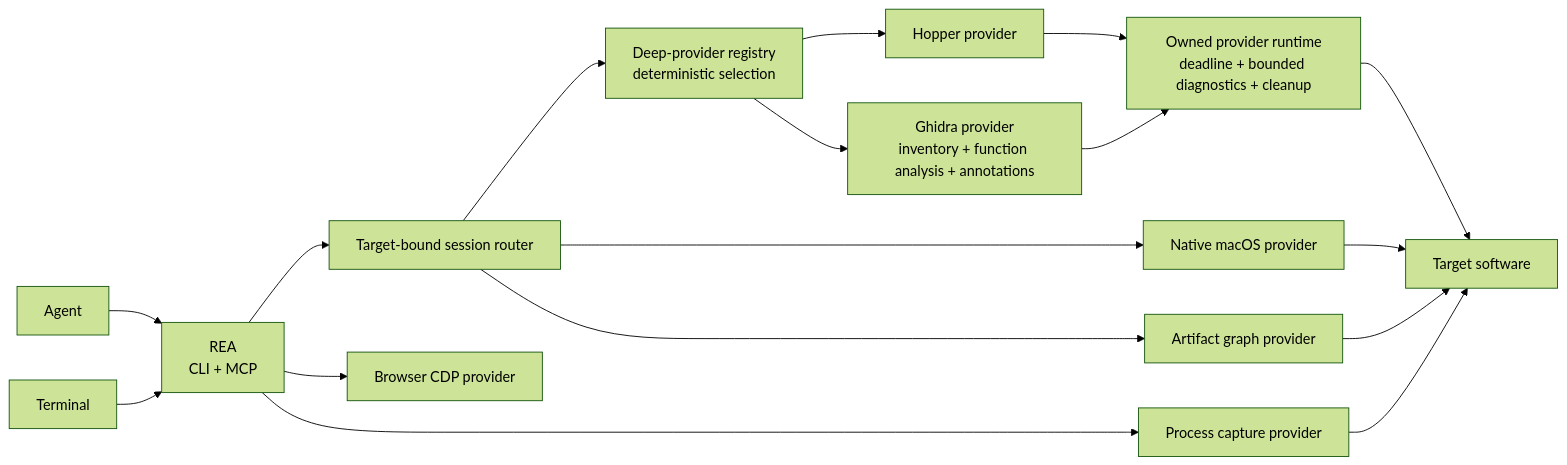
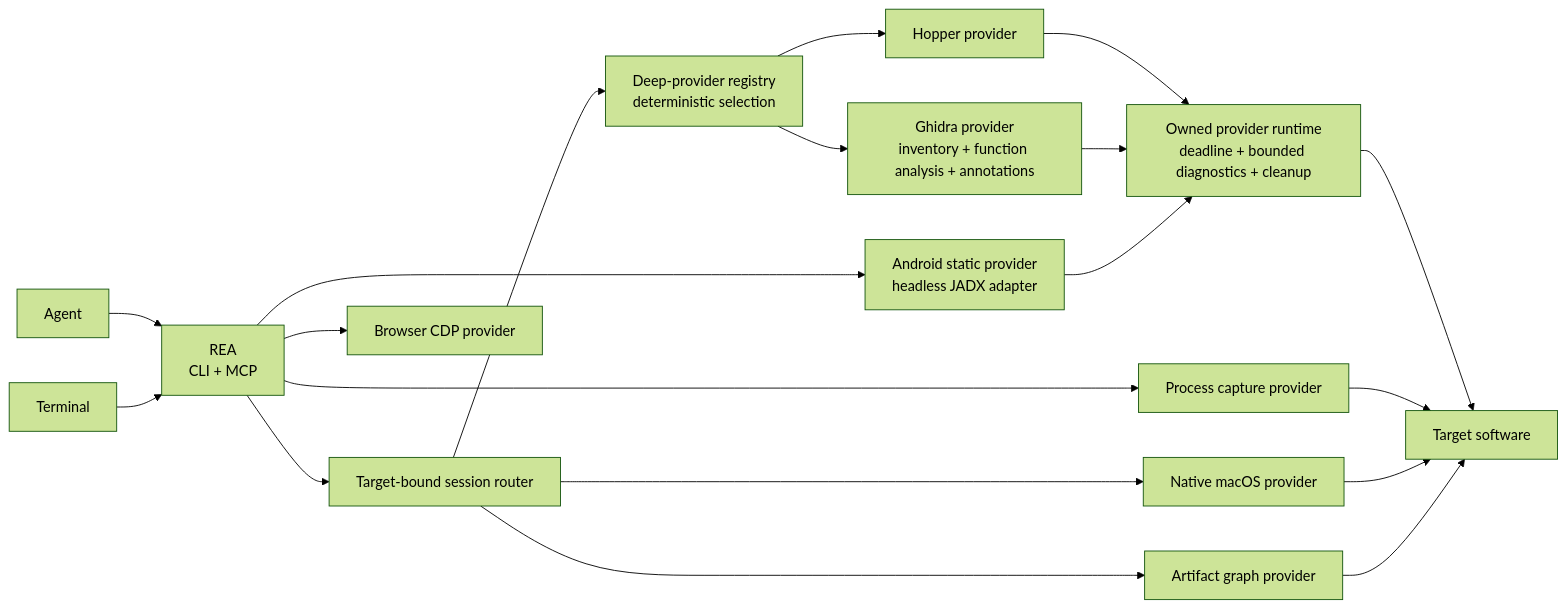
One commit to bryankwandou/rea changed the diagram in README.md. Above: the diagram before and after it, drawn with Mermaid (forest theme). The commit also changed other lines of this file and 57 other files, not shown here.

First line of the commit message:
feat(android): integrate static APK analysis with headless JADX (#738)

````diff
--- a/README.md
+++ b/README.md
@@ -451,19 +456,21 @@
 ```mermaid
 flowchart LR
     Agent["Agent"] --> REA["REA<br/>CLI + MCP"]
     Terminal --> REA
     REA --> Session["Target-bound session router"]
     Session --> Registry["Deep-provider registry<br/>deterministic selection"]
     Registry --> Hopper["Hopper provider"]
     Registry --> Ghidra["Ghidra provider<br/>inventory + function analysis + annotations"]
     Hopper --> Runtime["Owned provider runtime<br/>deadline + bounded diagnostics + cleanup"]
     Ghidra --> Runtime
     Session --> Native["Native macOS provider"]
     Session --> Artifact["Artifact graph provider"]
     REA --> Browser["Browser CDP provider"]
+    REA --> Android["Android static provider<br/>headless JADX adapter"]
+    Android --> Runtime
     REA --> Process["Process capture provider"]
     Runtime --> Target["Target software"]
     Process --> Target
     Native --> Target
     Artifact --> Target
 ```
````
